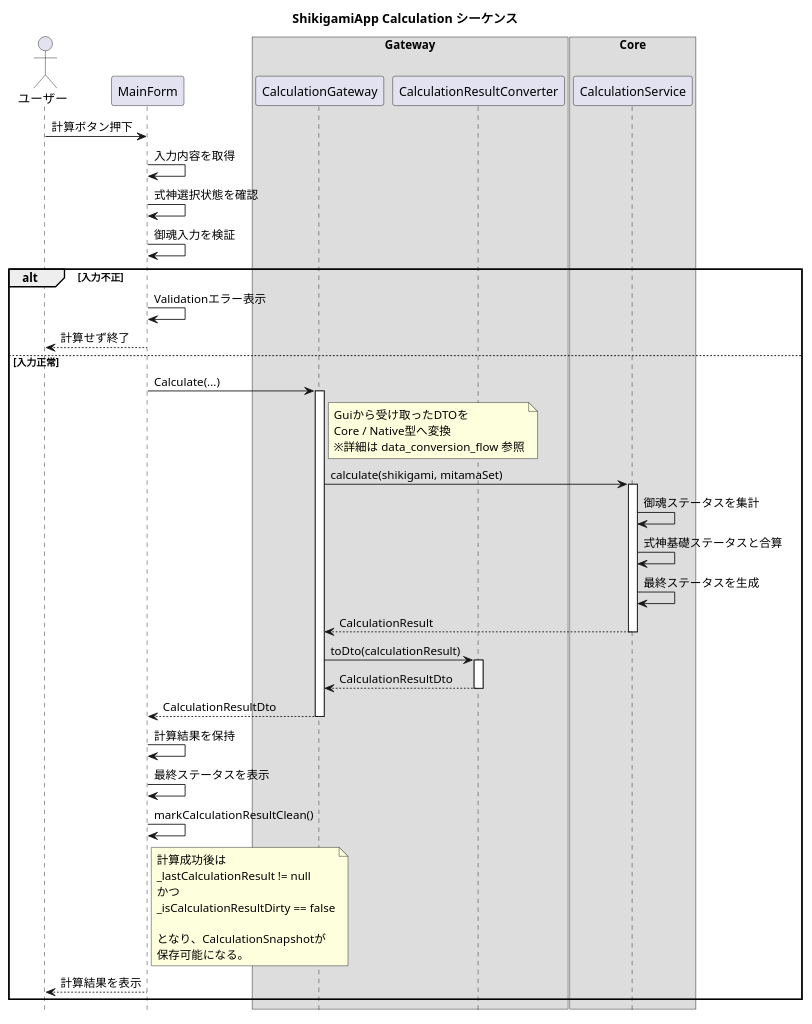
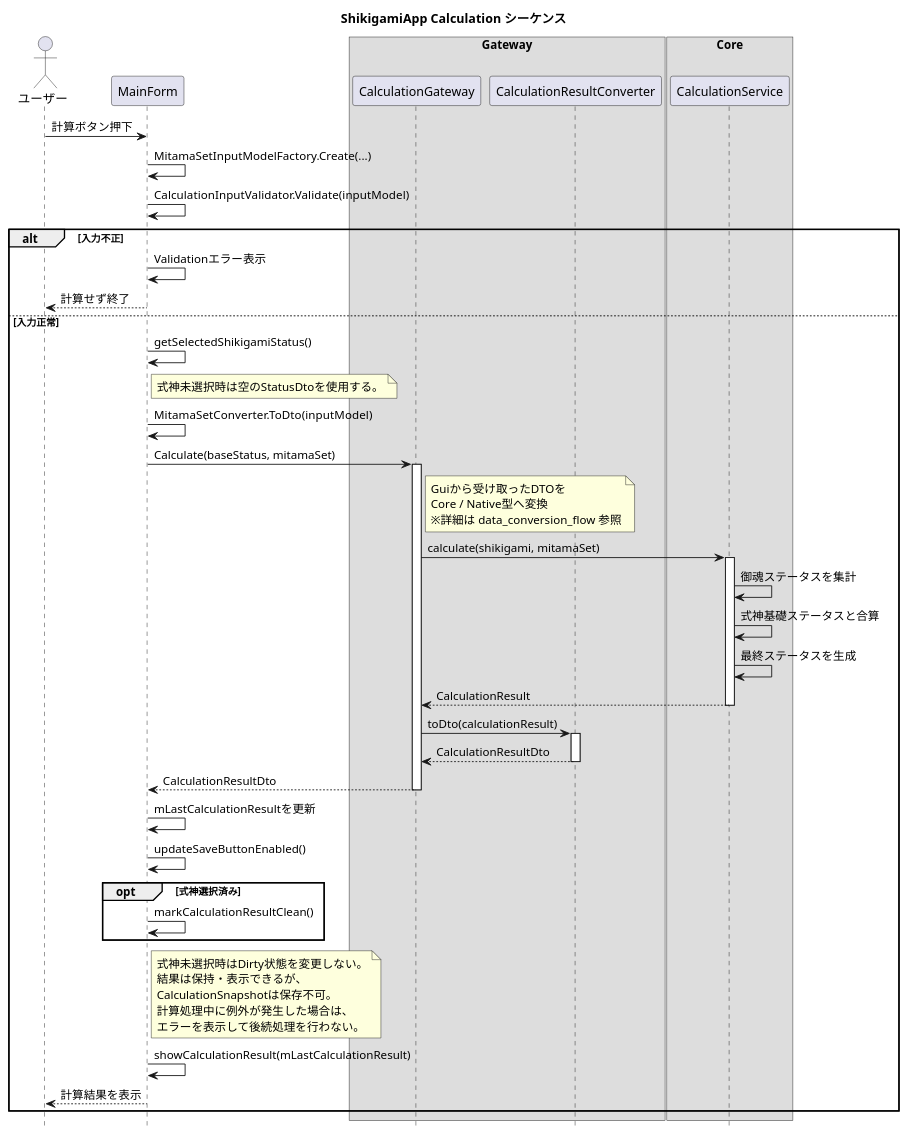
One commit to Staraptor0398/ShikigamiStatusCalculator changed the diagram in Document/ShikigamiApp/Diagram/Calculation/calculation_sequence.wsd. Above: the diagram before and after it, drawn with PlantUML. The commit also changed 7 other files, not shown here.

Commit message:
Update ShikigamiApp diagrams to reflect calculation result life cycle

```diff
--- a/Document/ShikigamiApp/Diagram/Calculation/calculation_sequence.wsd
+++ b/Document/ShikigamiApp/Diagram/Calculation/calculation_sequence.wsd
@@ -1,78 +1,80 @@
 @startuml
 title ShikigamiApp Calculation シーケンス
 
 hide footbox
 
 actor ユーザー as User
 
 participant MainForm
 
 box "Gateway"
    participant CalculationGateway
    participant CalculationResultConverter
 end box
 
 box "Core"
    participant CalculationService
 end box
 
 User -> MainForm : 計算ボタン押下
 
-MainForm -> MainForm : 入力内容を取得
-MainForm -> MainForm : 式神選択状態を確認
-MainForm -> MainForm : 御魂入力を検証
+MainForm -> MainForm : MitamaSetInputModelFactory.Create(...)
+MainForm -> MainForm : CalculationInputValidator.Validate(inputModel)
 
 alt 入力不正
    MainForm -> MainForm : Validationエラー表示
    MainForm --> User : 計算せず終了
+else 入力正常
+   MainForm -> MainForm : getSelectedShikigamiStatus()
+   note right of MainForm
+       式神未選択時は空のStatusDtoを使用する。
+   end note
+   MainForm -> MainForm : MitamaSetConverter.ToDto(inputModel)
 
-else 入力正常
-   MainForm -> CalculationGateway : Calculate(...)
-
+   MainForm -> CalculationGateway : Calculate(baseStatus, mitamaSet)
    activate CalculationGateway
 
    note right of CalculationGateway
        Guiから受け取ったDTOを
        Core / Native型へ変換
        ※詳細は data_conversion_flow 参照
    end note
 
    CalculationGateway -> CalculationService : calculate(shikigami, mitamaSet)
-
    activate CalculationService
 
    CalculationService -> CalculationService : 御魂ステータスを集計
    CalculationService -> CalculationService : 式神基礎ステータスと合算
    CalculationService -> CalculationService : 最終ステータスを生成
 
    CalculationService --> CalculationGateway : CalculationResult
-
    deactivate CalculationService
 
    CalculationGateway -> CalculationResultConverter : toDto(calculationResult)
    activate CalculationResultConverter
    CalculationResultConverter --> CalculationGateway : CalculationResultDto
    deactivate CalculationResultConverter
 
    CalculationGateway --> MainForm : CalculationResultDto
-
    deactivate CalculationGateway
 
-   MainForm -> MainForm : 計算結果を保持
-   MainForm -> MainForm : 最終ステータスを表示
-   MainForm -> MainForm : markCalculationResultClean()
+   MainForm -> MainForm : mLastCalculationResultを更新
+   MainForm -> MainForm : updateSaveButtonEnabled()
+
+   opt 式神選択済み
+       MainForm -> MainForm : markCalculationResultClean()
+   end
 
    note right of MainForm
-       計算成功後は
-       _lastCalculationResult != null
-       かつ
-       _isCalculationResultDirty == false
-
-       となり、CalculationSnapshotが
-       保存可能になる。
+       式神未選択時はDirty状態を変更しない。
+       結果は保持・表示できるが、
+       CalculationSnapshotは保存不可。
+       計算処理中に例外が発生した場合は、
+       エラーを表示して後続処理を行わない。
    end note
 
+   MainForm -> MainForm : showCalculationResult(mLastCalculationResult)
    MainForm --> User : 計算結果を表示
 end
 
 @enduml
```
